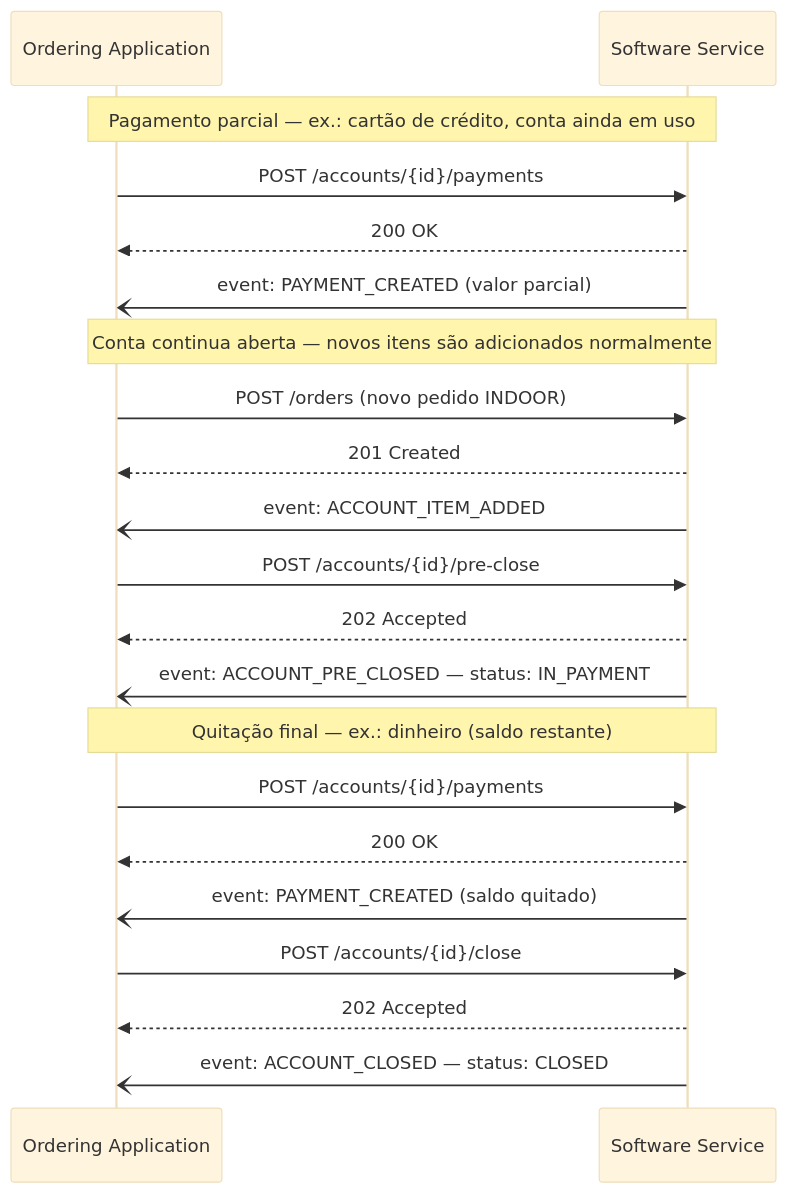
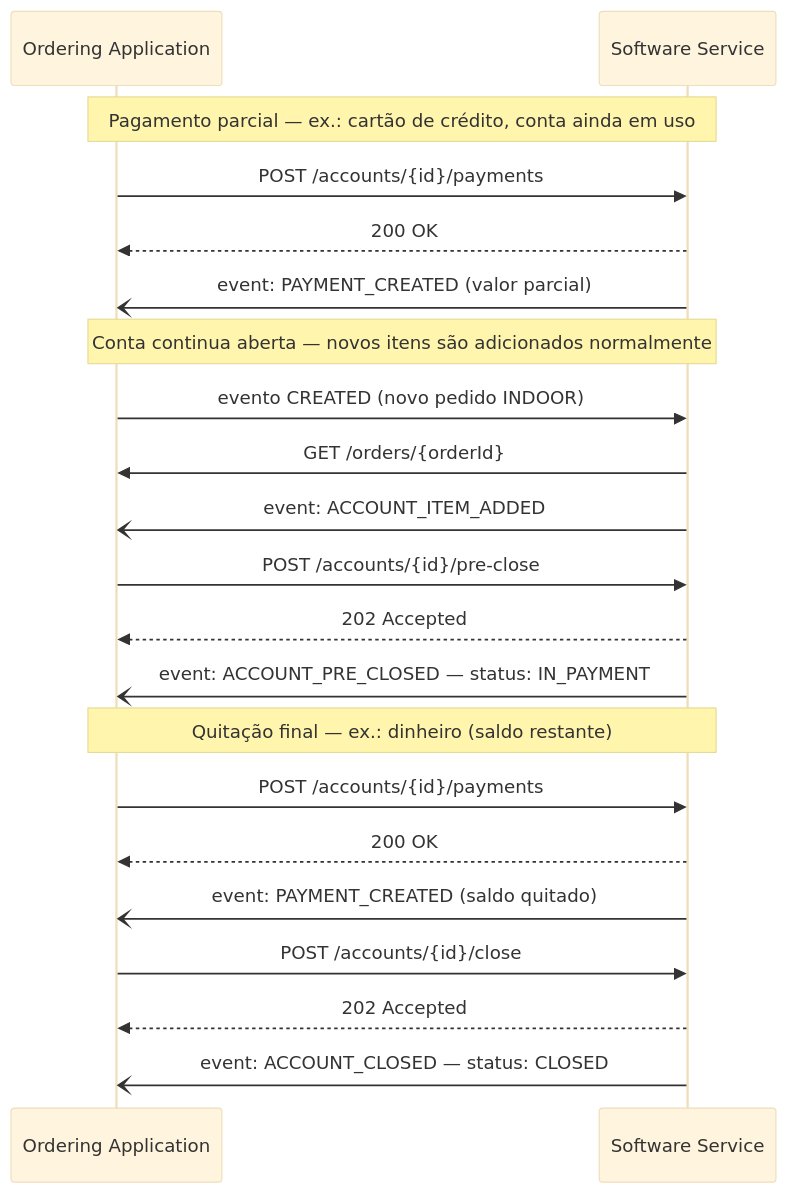
One commit to Abrasel-Nacional/opendelivery-v2 changed the fourth of 7 diagrams in docs/protocol/indoor.md. Above: the diagram before and after it, drawn with Mermaid (base theme). The commit also changed other lines of this file and 230 other files, not shown here.

````diff
--- a/docs/protocol/indoor.md
+++ b/docs/protocol/indoor.md
@@ -324,28 +395,28 @@
 ```mermaid
 sequenceDiagram
-    participant OA as Ordering Application
-    participant SS as Software Service
+ participant OA as Ordering Application
+ participant SS as Software Service
 
-    Note over OA,SS: Pagamento parcial — ex.: cartão de crédito, conta ainda em uso
-    OA->>SS: POST /accounts/{id}/payments
-    SS-->>OA: 200 OK
-    SS-)OA: event: PAYMENT_CREATED (valor parcial)
+ Note over OA,SS: Pagamento parcial — ex.: cartão de crédito, conta ainda em uso
+ OA->>SS: POST /accounts/{id}/payments
+ SS-->>OA: 200 OK
+ SS-)OA: event: PAYMENT_CREATED (valor parcial)
 
-    Note over OA,SS: Conta continua aberta — novos itens são adicionados normalmente
-    OA->>SS: POST /orders (novo pedido INDOOR)
-    SS-->>OA: 201 Created
-    SS-)OA: event: ACCOUNT_ITEM_ADDED
+ Note over OA,SS: Conta continua aberta — novos itens são adicionados normalmente
+ OA->>SS: evento CREATED (novo pedido INDOOR)
+ SS->>OA: GET /orders/{orderId}
+ SS-)OA: event: ACCOUNT_ITEM_ADDED
 
-    OA->>SS: POST /accounts/{id}/pre-close
-    SS-->>OA: 202 Accepted
-    SS-)OA: event: ACCOUNT_PRE_CLOSED — status: IN_PAYMENT
+ OA->>SS: POST /accounts/{id}/pre-close
+ SS-->>OA: 202 Accepted
+ SS-)OA: event: ACCOUNT_PRE_CLOSED — status: IN_PAYMENT
 
-    Note over OA,SS: Quitação final — ex.: dinheiro (saldo restante)
-    OA->>SS: POST /accounts/{id}/payments
-    SS-->>OA: 200 OK
-    SS-)OA: event: PAYMENT_CREATED (saldo quitado)
+ Note over OA,SS: Quitação final — ex.: dinheiro (saldo restante)
+ OA->>SS: POST /accounts/{id}/payments
+ SS-->>OA: 200 OK
+ SS-)OA: event: PAYMENT_CREATED (saldo quitado)
 
-    OA->>SS: POST /accounts/{id}/close
-    SS-->>OA: 202 Accepted
-    SS-)OA: event: ACCOUNT_CLOSED — status: CLOSED
+ OA->>SS: POST /accounts/{id}/close
+ SS-->>OA: 202 Accepted
+ SS-)OA: event: ACCOUNT_CLOSED — status: CLOSED
 ```
````
